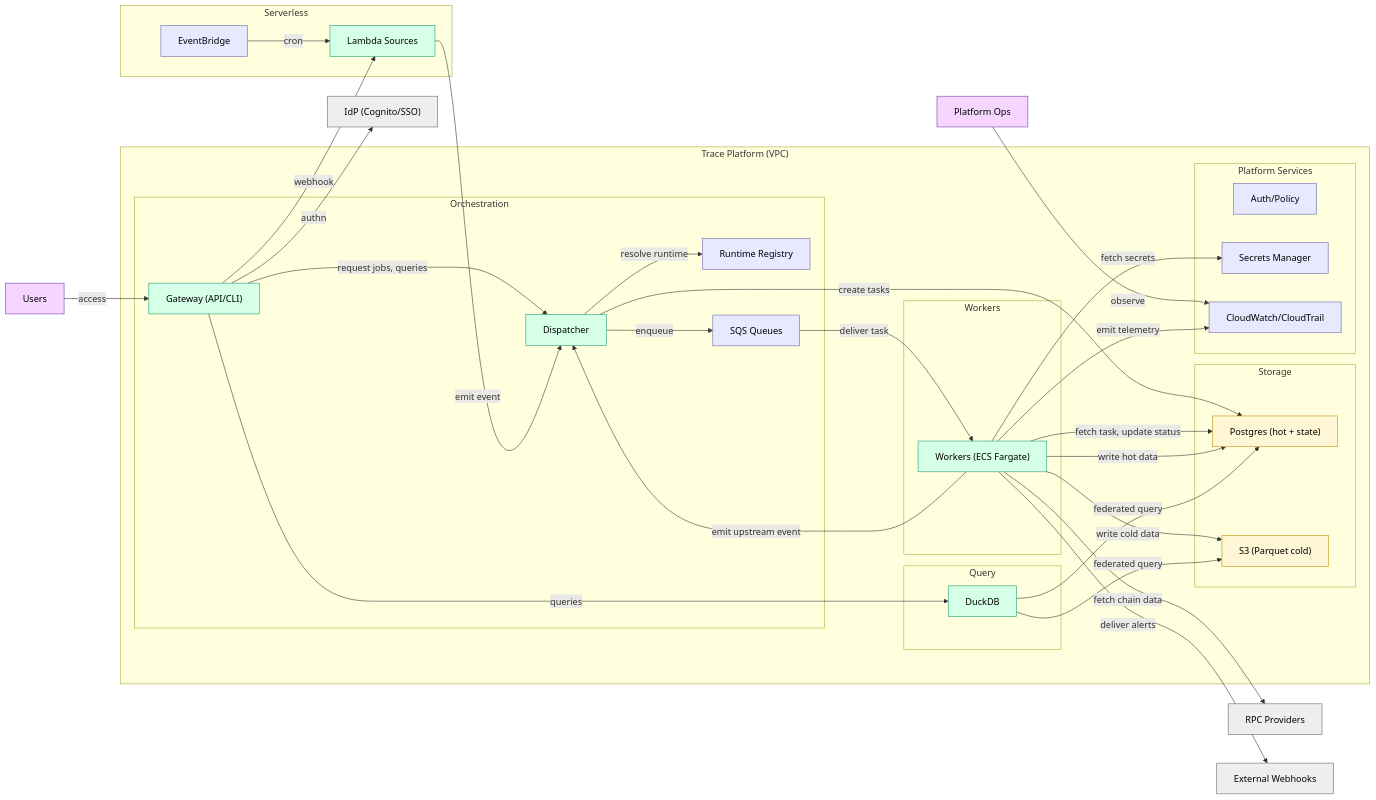
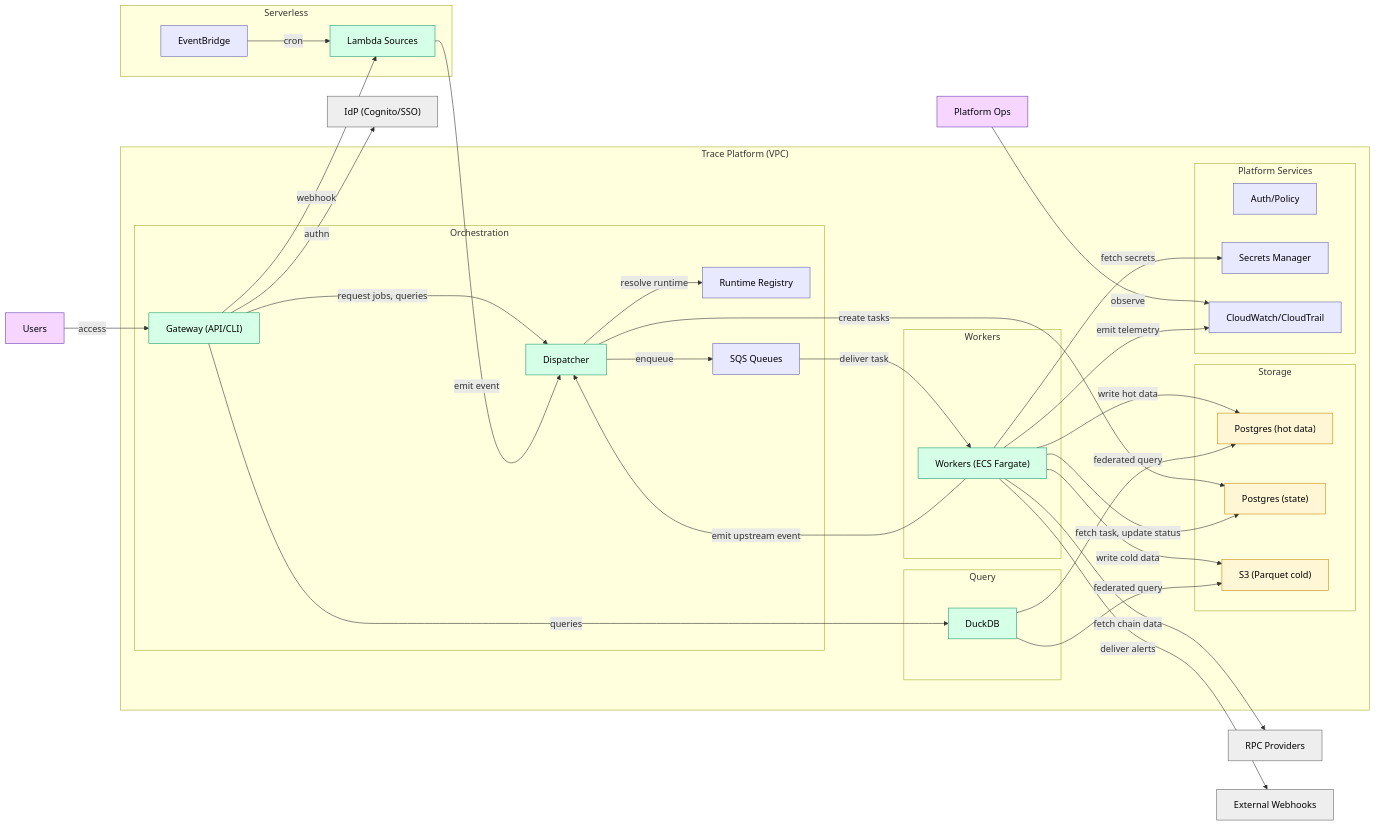
One commit to c7121/trace changed the second of 10 diagrams in docs/architecture/overview.md. Above: the diagram before and after it, drawn with Mermaid. The commit also changed other lines of this file and 12 other files, not shown here.

````diff
--- a/docs/architecture/overview.md
+++ b/docs/architecture/overview.md
@@ -116,70 +94,71 @@
 ```mermaid
 flowchart LR
     subgraph Trace["Trace Platform (VPC)"]
         subgraph Orchestration["Orchestration"]
             gateway["Gateway (API/CLI)"]:::container
             dispatcher["Dispatcher"]:::container
             registry["Runtime Registry"]:::infra
             sqs["SQS Queues"]:::infra
         end
         subgraph Compute["Workers"]
             workers["Workers (ECS Fargate)"]:::container
         end
         subgraph Storage["Storage"]
-            postgres["Postgres (hot + state)"]:::database
+            postgres_hot["Postgres (hot data)"]:::database
+            postgres_state["Postgres (state)"]:::database
             s3["S3 (Parquet cold)"]:::database
         end
         subgraph Query["Query"]
             duckdb["DuckDB"]:::container
         end
         subgraph Platform["Platform Services"]
             platformAuth["Auth/Policy"]:::infra
             platformSec["Secrets Manager"]:::infra
             platformObs["CloudWatch/CloudTrail"]:::infra
         end
     end
 
     subgraph Serverless["Serverless"]
         eventbridge["EventBridge"]:::infra
         lambda["Lambda Sources"]:::container
     end
 
     users["Users"]:::person
     ops["Platform Ops"]:::person
     idp["IdP (Cognito/SSO)"]:::ext
     rpc["RPC Providers"]:::ext
     webhooks["External Webhooks"]:::ext
 
     users -->|access| gateway
     ops -->|observe| platformObs
     gateway -->|authn| idp
     gateway -->|request jobs, queries| dispatcher
     gateway -->|queries| duckdb
     
     eventbridge -->|cron| lambda
     gateway -->|webhook| lambda
     lambda -->|emit event| dispatcher
     
-    dispatcher -->|create tasks| postgres
+    dispatcher -->|create tasks| postgres_state
     dispatcher -->|resolve runtime| registry
     dispatcher -->|enqueue| sqs
     sqs -->|deliver task| workers
     
-    workers -->|fetch task, update status| postgres
-    workers -->|write hot data| postgres
+    workers -->|fetch task, update status| postgres_state
+    workers -->|write hot data| postgres_hot
     workers -->|write cold data| s3
     workers -->|fetch secrets| platformSec
     workers -->|fetch chain data| rpc
     workers -->|deliver alerts| webhooks
     workers -->|emit telemetry| platformObs
     workers -->|emit upstream event| dispatcher
     
-    duckdb -->|federated query| postgres
+    duckdb -->|federated query| postgres_hot
     duckdb -->|federated query| s3
 
     classDef person fill:#f6d6ff,stroke:#6f3fb3,color:#000;
     classDef container fill:#d6ffe7,stroke:#1f9a6f,color:#000;
     classDef database fill:#fff6d6,stroke:#c58b00,color:#000;
     classDef infra fill:#e8e8ff,stroke:#6666aa,color:#000;
     classDef ext fill:#eee,stroke:#666,color:#000;
 ```
````
